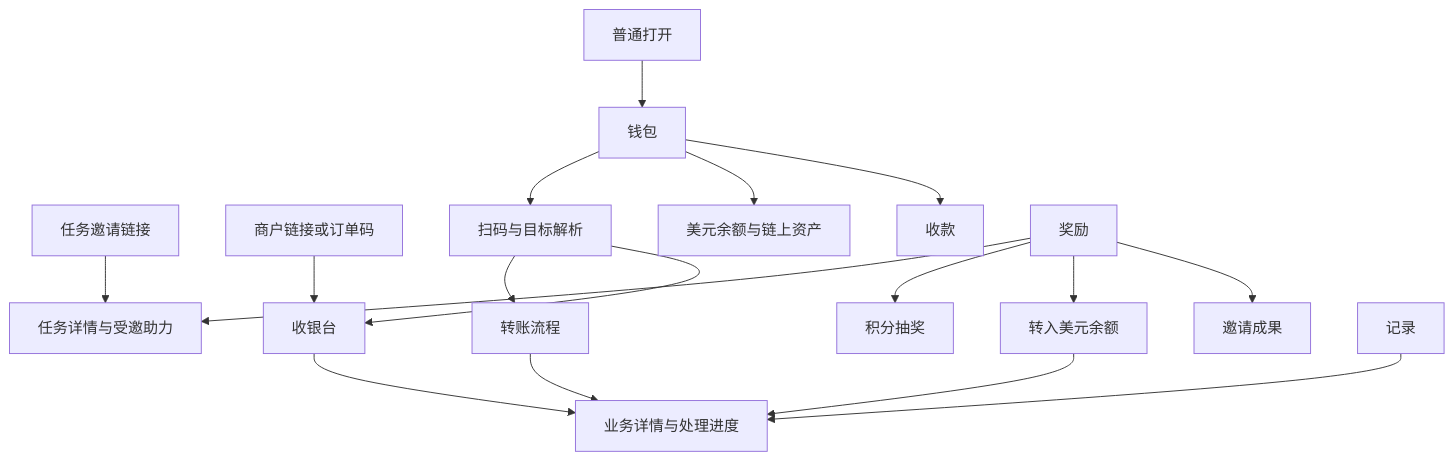
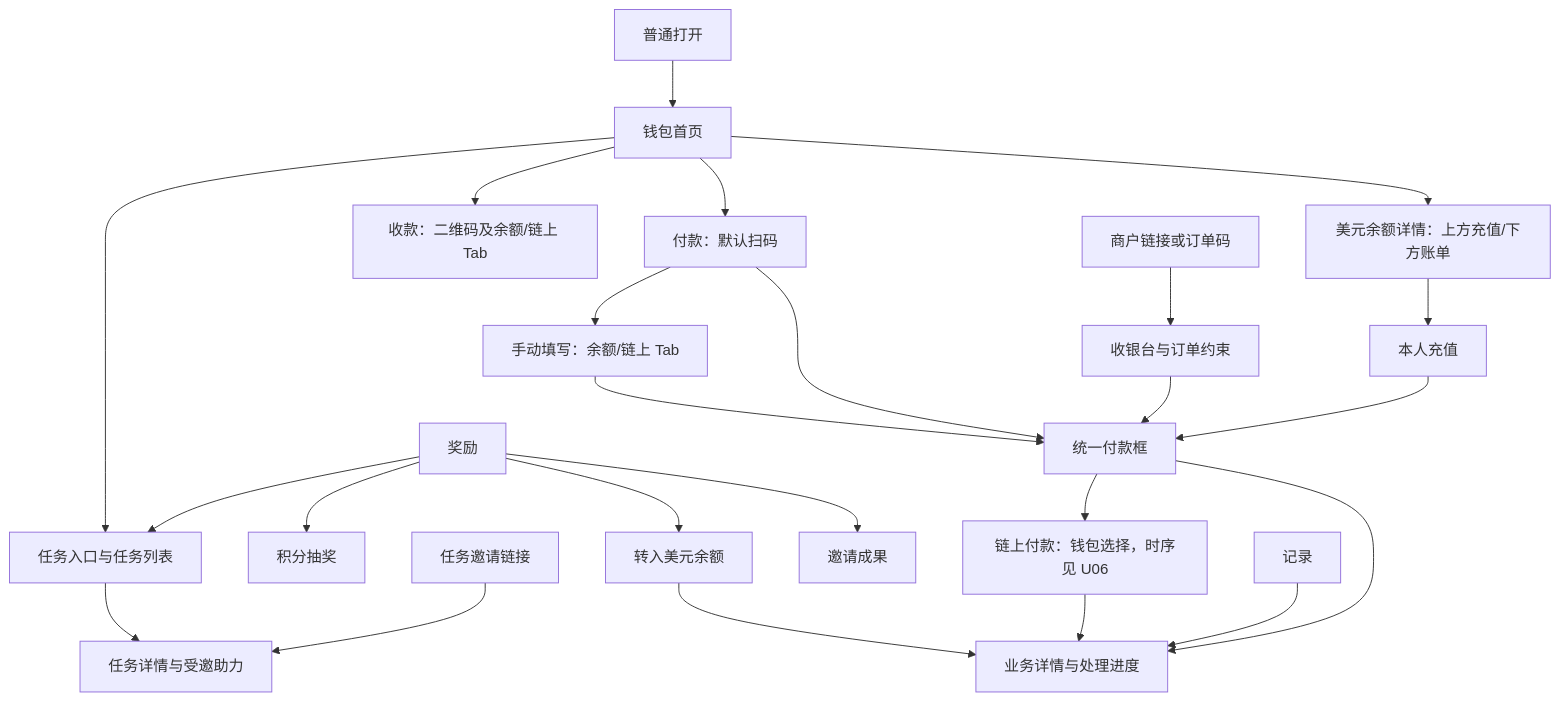
The diagram in docs/design/01信息架构与交互原则.md (0xabcd-k/DexWallet), drawn with Mermaid before and after one commit. The commit also changed other lines of this file and 6 other files, not shown here.

Commit message:
docs: define unified payments and self-deposit flow

````diff
--- a/docs/design/01信息架构与交互原则.md
+++ b/docs/design/01信息架构与交互原则.md
@@ -18,19 +18,26 @@
 ```mermaid
 flowchart TD
-    Entry[普通打开] --> W[钱包]
+    Entry[普通打开] --> W[钱包首页]
+    W --> Tasks[任务入口与任务列表]
+    W --> Receive[收款：二维码及余额/链上 Tab]
+    W --> Scan[付款：默认扫码]
+    Scan --> Form[手动填写：余额/链上 Tab]
+    Scan --> PayBox[统一付款框]
+    Form --> PayBox
+    W --> Balance[美元余额详情：上方充值/下方账单]
+    Balance --> Deposit[本人充值]
+    Deposit --> PayBox
+    PayBox --> Wallet[链上付款：钱包选择，时序见 U06]
+    PayBox --> Detail[业务详情与处理进度]
+    Wallet --> Detail
     TaskLink[任务邀请链接] --> Task[任务详情与受邀助力]
-    PayLink[商户链接或订单码] --> Pay[收银台]
-    W --> Scan[扫码与目标解析]
-    Scan --> Transfer[转账流程]
-    Scan --> Pay
-    W --> Balance[美元余额与链上资产]
-    W --> Receive[收款]
-    Rewards[奖励] --> Task
+    Tasks --> Task
+    Rewards[奖励] --> Tasks
     Rewards --> Slot[积分抽奖]
     Rewards --> Claim[转入美元余额]
     Rewards --> Friends[邀请成果]
-    Records[记录] --> Detail[业务详情与处理进度]
-    Transfer --> Detail
-    Pay --> Detail
+    PayLink[商户链接或订单码] --> Pay[收银台与订单约束]
+    Pay --> PayBox
+    Records[记录] --> Detail
     Claim --> Detail
 ```
````
